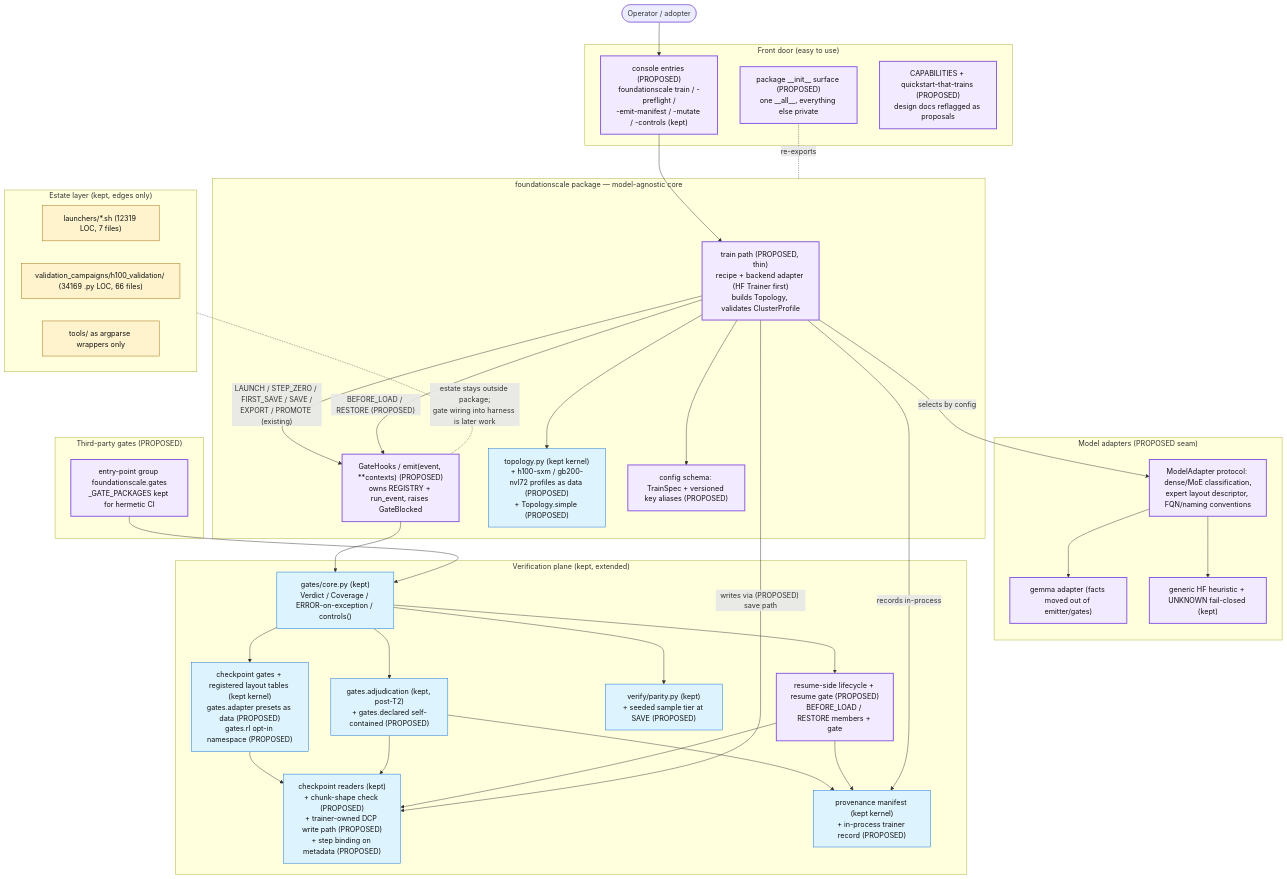
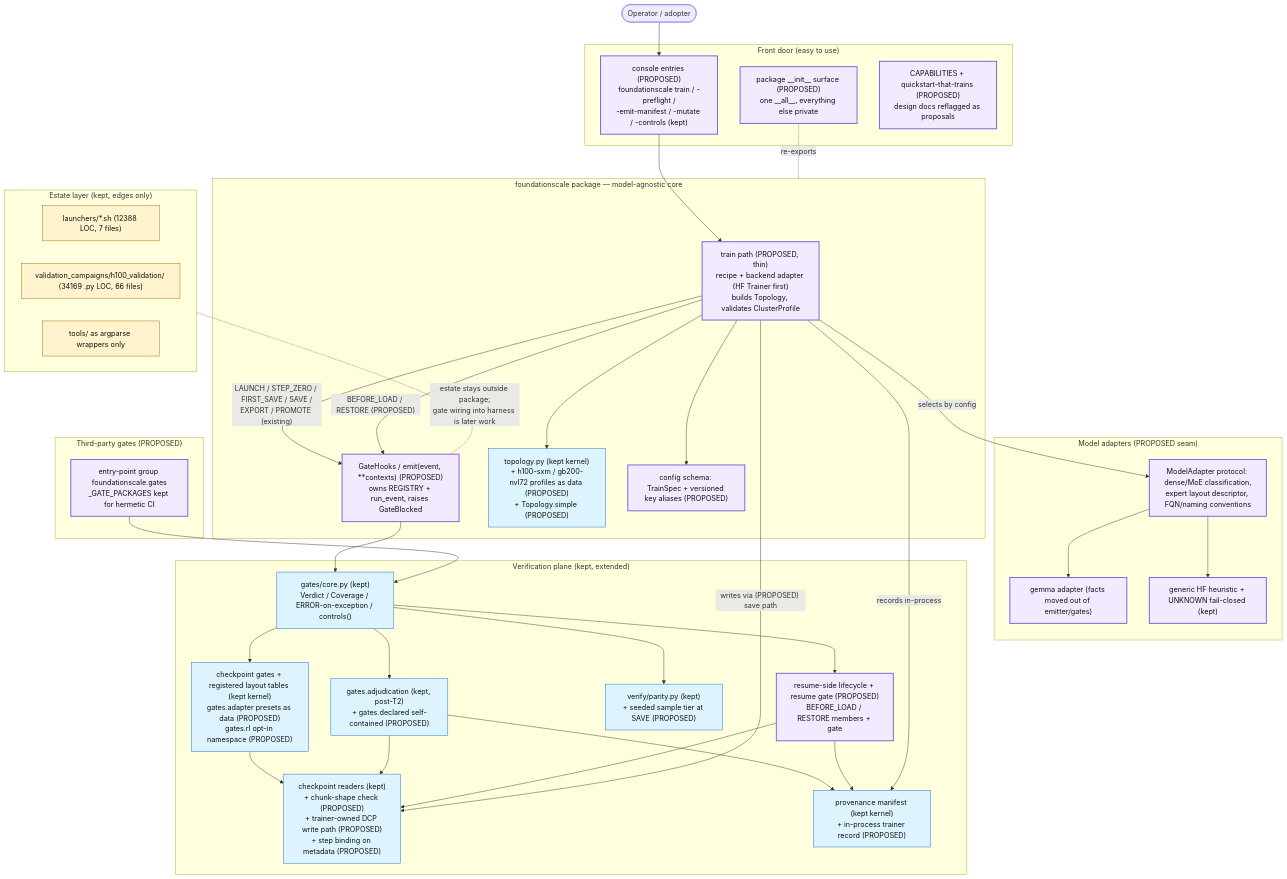
One commit to TranNhiem/FoundationScale changed the diagram in docs/review/D5_proposed_architecture.md. Above: the diagram before and after it, drawn with Mermaid. The commit also changed other lines of this file and 37 other files, not shown here.

````diff
--- a/docs/review/D5_proposed_architecture.md
+++ b/docs/review/D5_proposed_architecture.md
@@ -13,74 +13,74 @@
 ```mermaid
 flowchart TB
   U(["Operator / adopter"])
 
   subgraph FRONT["Front door (easy to use)"]
     CLI["console entries (PROPOSED)<br/>foundationscale train / -preflight /<br/>-emit-manifest / -mutate / -controls (kept)"]
     SURF["package __init__ surface (PROPOSED)<br/>one __all__, everything else private"]
     DOCS["CAPABILITIES + quickstart-that-trains (PROPOSED)<br/>design docs reflagged as proposals"]
   end
 
   subgraph CORE["foundationscale package — model-agnostic core"]
     TRAIN["train path (PROPOSED, thin)<br/>recipe + backend adapter (HF Trainer first)<br/>builds Topology, validates ClusterProfile"]
     HOOKS["GateHooks / emit(event, **contexts) (PROPOSED)<br/>owns REGISTRY + run_event, raises GateBlocked"]
     TOPO["topology.py (kept kernel)<br/>+ h100-sxm / gb200-nvl72 profiles as data (PROPOSED)<br/>+ Topology.simple (PROPOSED)"]
     CONFIG["config schema: TrainSpec + versioned key aliases (PROPOSED)"]
   end
 
   subgraph ADAPT["Model adapters (PROPOSED seam)"]
     MA["ModelAdapter protocol: dense/MoE classification,<br/>expert layout descriptor, FQN/naming conventions"]
     GEM["gemma adapter (facts moved out of emitter/gates)"]
     HF["generic HF heuristic + UNKNOWN fail-closed (kept)"]
   end
 
   subgraph VERIFY["Verification plane (kept, extended)"]
     GCORE["gates/core.py (kept)<br/>Verdict / Coverage / ERROR-on-exception / controls()"]
     GCK["checkpoint gates + registered layout tables (kept kernel)<br/>gates.adapter presets as data (PROPOSED)<br/>gates.rl opt-in namespace (PROPOSED)"]
     ADJ["gates.adjudication (kept, post-T2)<br/>+ gates.declared self-contained (PROPOSED)"]
     PAR["verify/parity.py (kept)<br/>+ seeded sample tier at SAVE (PROPOSED)"]
     CKIO["checkpoint readers (kept)<br/>+ chunk-shape check (PROPOSED)<br/>+ trainer-owned DCP write path (PROPOSED)<br/>+ step binding on metadata (PROPOSED)"]
     PROV["provenance manifest (kept kernel)<br/>+ in-process trainer record (PROPOSED)"]
     RES["resume-side lifecycle + resume gate (PROPOSED)<br/>BEFORE_LOAD / RESTORE members + gate"]
   end
 
   subgraph PLUG["Third-party gates (PROPOSED)"]
     EP["entry-point group foundationscale.gates<br/>_GATE_PACKAGES kept for hermetic CI"]
   end
 
   subgraph ESTATE["Estate layer (kept, edges only)"]
-    LAU["launchers/*.sh (12319 LOC, 7 files)"]
+    LAU["launchers/*.sh (12388 LOC, 7 files)"]
     H100["validation_campaigns/h100_validation/ (34169 .py LOC, 66 files)"]
     WRAP["tools/ as argparse wrappers only"]
   end
 
   U --> CLI --> TRAIN
   SURF -. re-exports .- CORE
   TRAIN --> TOPO
   TRAIN --> CONFIG
   TRAIN -- "selects by config" --> MA
   MA --> GEM
   MA --> HF
   TRAIN -- "LAUNCH / STEP_ZERO / FIRST_SAVE / SAVE /<br/>EXPORT / PROMOTE (existing)" --> HOOKS
   TRAIN -- "BEFORE_LOAD / RESTORE (PROPOSED)" --> HOOKS
   HOOKS --> GCORE
   EP --> GCORE
   GCORE --> GCK
   GCORE --> ADJ
   GCORE --> PAR
   GCORE --> RES
   GCK --> CKIO
   ADJ --> CKIO
   ADJ --> PROV
   RES --> CKIO
   RES --> PROV
   TRAIN -- "writes via (PROPOSED) save path" --> CKIO
   TRAIN -- "records in-process" --> PROV
   ESTATE -. "estate stays outside package;<br/>gate wiring into harness is later work" .- HOOKS
 
   classDef new fill:#f2eaff,stroke:#8250df,stroke-width:2px,color:#111;
   classDef kept fill:#ddf4ff,stroke:#0969da,color:#111;
   classDef estate fill:#fff3cd,stroke:#9a6700,color:#111;
   class TRAIN,HOOKS,CLI,SURF,DOCS,MA,GEM,HF,RES,EP,CONFIG new;
   class GCORE,GCK,ADJ,PAR,CKIO,PROV,TOPO kept;
   class LAU,H100,WRAP estate;
 ```
````
